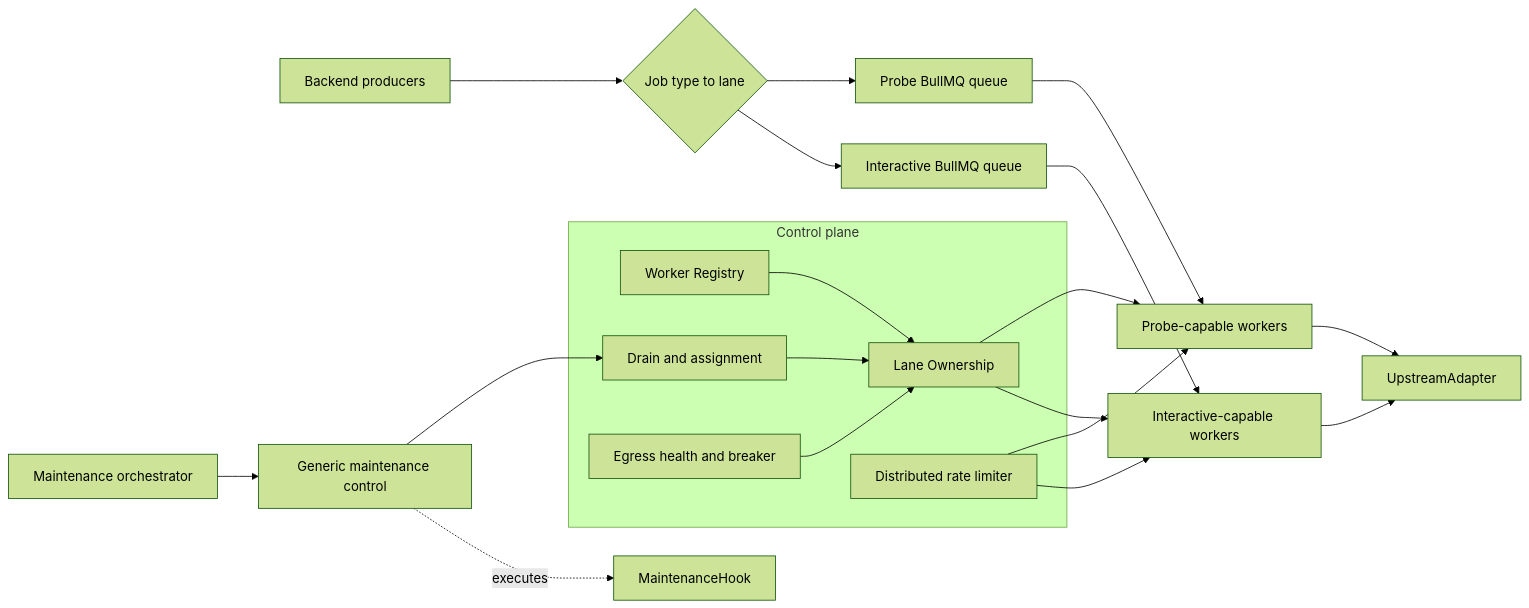
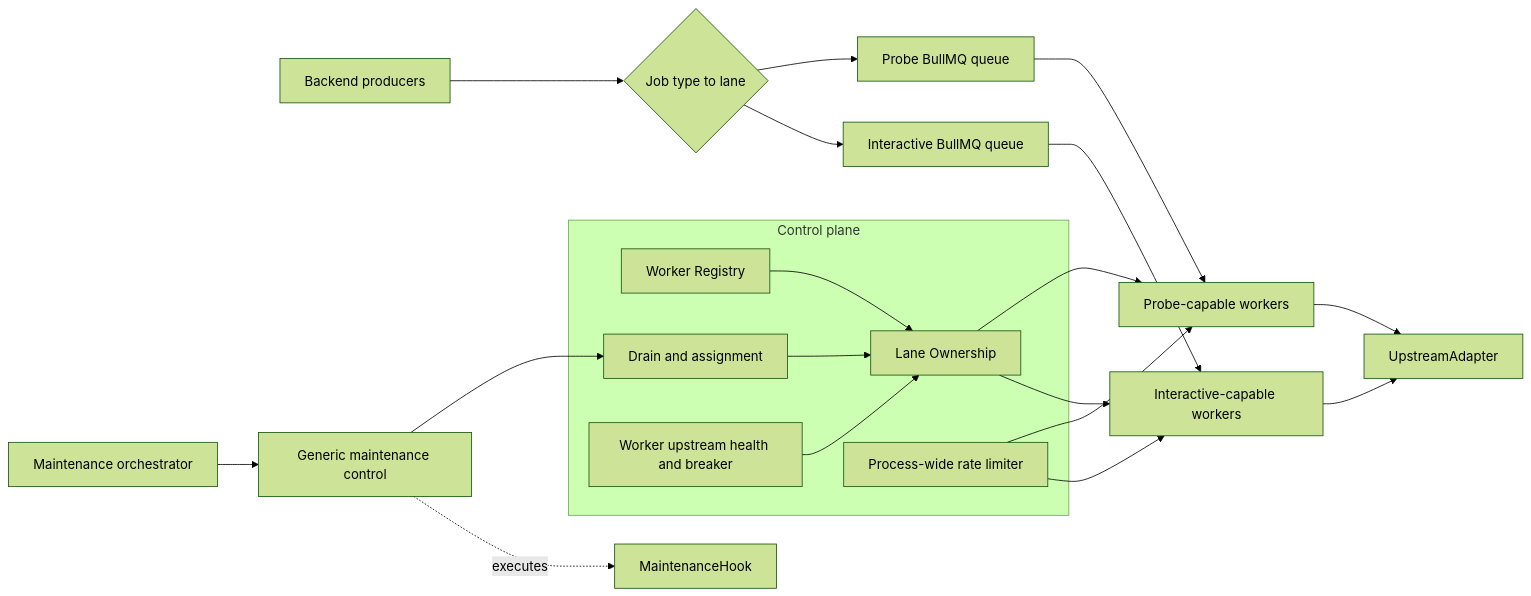
Before and after one commit to bakapiano/maimai-score-hub: the diagram in docs/specs/sdgb-worker/multi-node-failover/01-architecture.md, drawn with Mermaid (forest theme). The commit also changed other lines of this file and 7 other files, not shown here.

````diff
--- a/docs/specs/sdgb-worker/multi-node-failover/01-architecture.md
+++ b/docs/specs/sdgb-worker/multi-node-failover/01-architecture.md
@@ -7,31 +7,31 @@
 ```mermaid
 flowchart LR
     P[Backend producers] --> R{Job type to lane}
     R --> QP[Probe BullMQ queue]
     R --> QI[Interactive BullMQ queue]
 
     subgraph C[Control plane]
       WR[Worker Registry]
       LO[Lane Ownership]
       DR[Drain and assignment]
-      CB[Egress health and breaker]
-      RL[Distributed rate limiter]
+      CB[Worker upstream health and breaker]
+      RL[Process-wide rate limiter]
     end
 
     MH[Maintenance orchestrator] --> CP[Generic maintenance control]
     CP --> DR
     CP -. executes .-> HK[MaintenanceHook]
 
     QP --> WP[Probe-capable workers]
     QI --> WI[Interactive-capable workers]
     WR --> LO
     DR --> LO
     CB --> LO
     LO --> WP
     LO --> WI
     RL --> WP
     RL --> WI
 
     WP --> UA[UpstreamAdapter]
     WI --> UA
 ```
````
